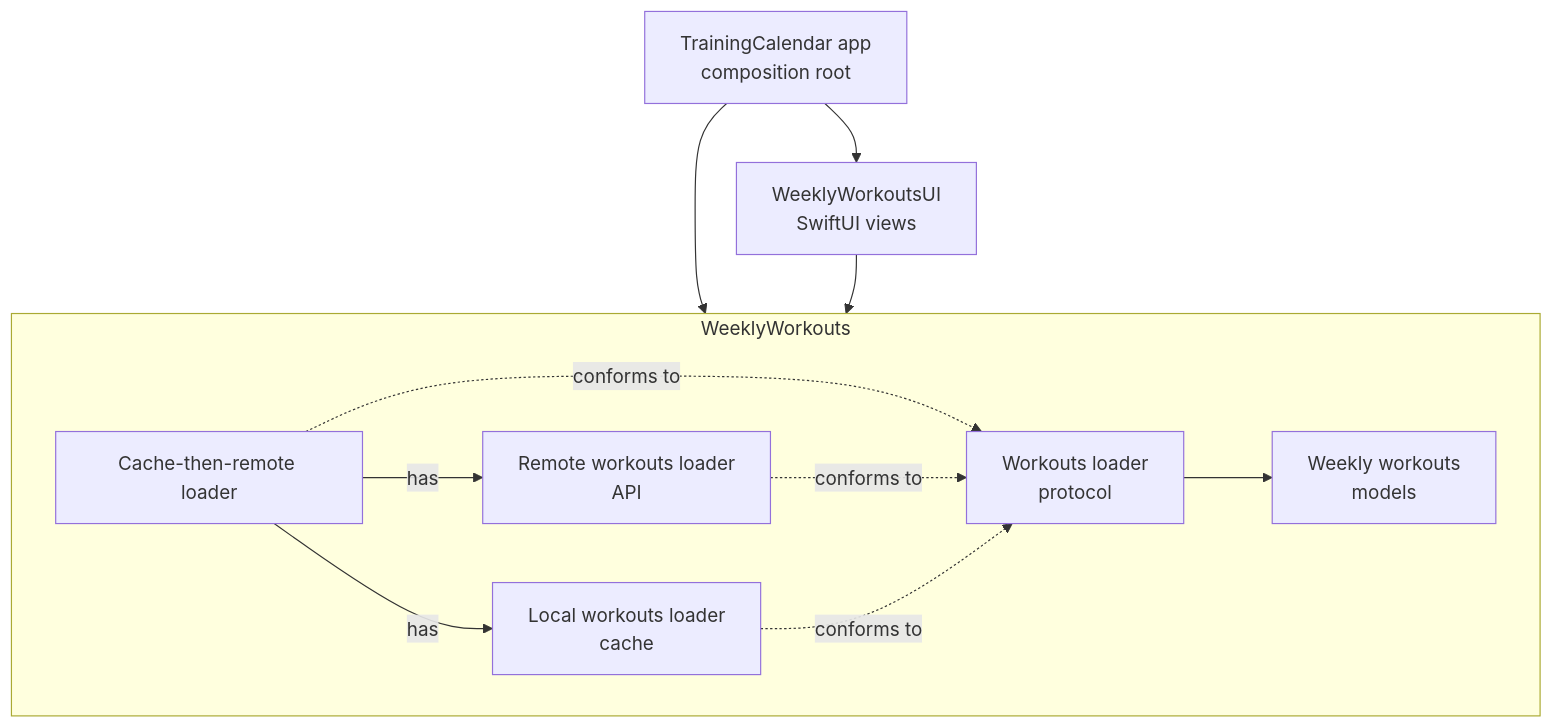
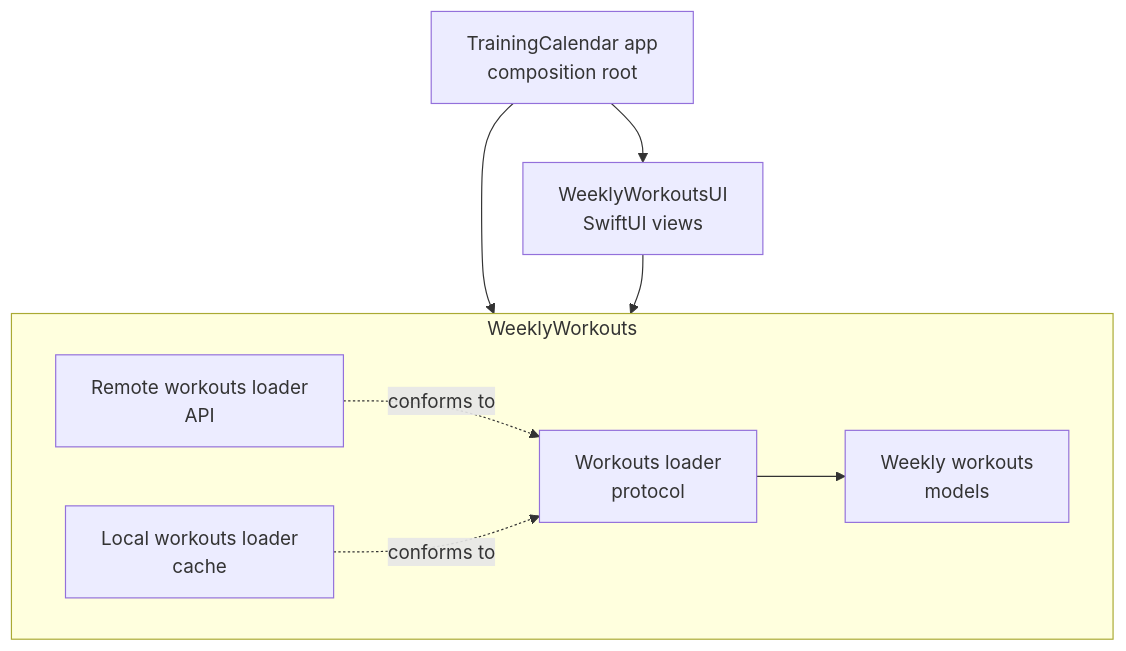
One commit to tringuyen623/training-calendar changed the second of 2 diagrams in README.md. Above: the diagram before and after it, drawn with Mermaid. The commit also changed other lines of this file and 2 other files, not shown here.

Commit message:
Replace the cache-then-remote use case with a flowchart, since it composes existing use cases rather than adding one

````diff
--- a/README.md
+++ b/README.md
@@ -299,14 +298,11 @@
 ```mermaid
 graph TD
     App["TrainingCalendar app<br/>composition root"] --> UI["WeeklyWorkoutsUI<br/>SwiftUI views"]
     App --> Package
     UI --> Package
     subgraph Package["WeeklyWorkouts"]
-        Weekly["Cache-then-remote loader"] -. conforms to .-> Loader["Workouts loader<br/>protocol"]
-        Weekly -- has --> Remote["Remote workouts loader<br/>API"]
-        Weekly -- has --> Local["Local workouts loader<br/>cache"]
-        Remote -. conforms to .-> Loader
-        Local -. conforms to .-> Loader
+        Remote["Remote workouts loader<br/>API"] -. conforms to .-> Loader["Workouts loader<br/>protocol"]
+        Local["Local workouts loader<br/>cache"] -. conforms to .-> Loader
         Loader --> Models["Weekly workouts<br/>models"]
     end
 ```
````
